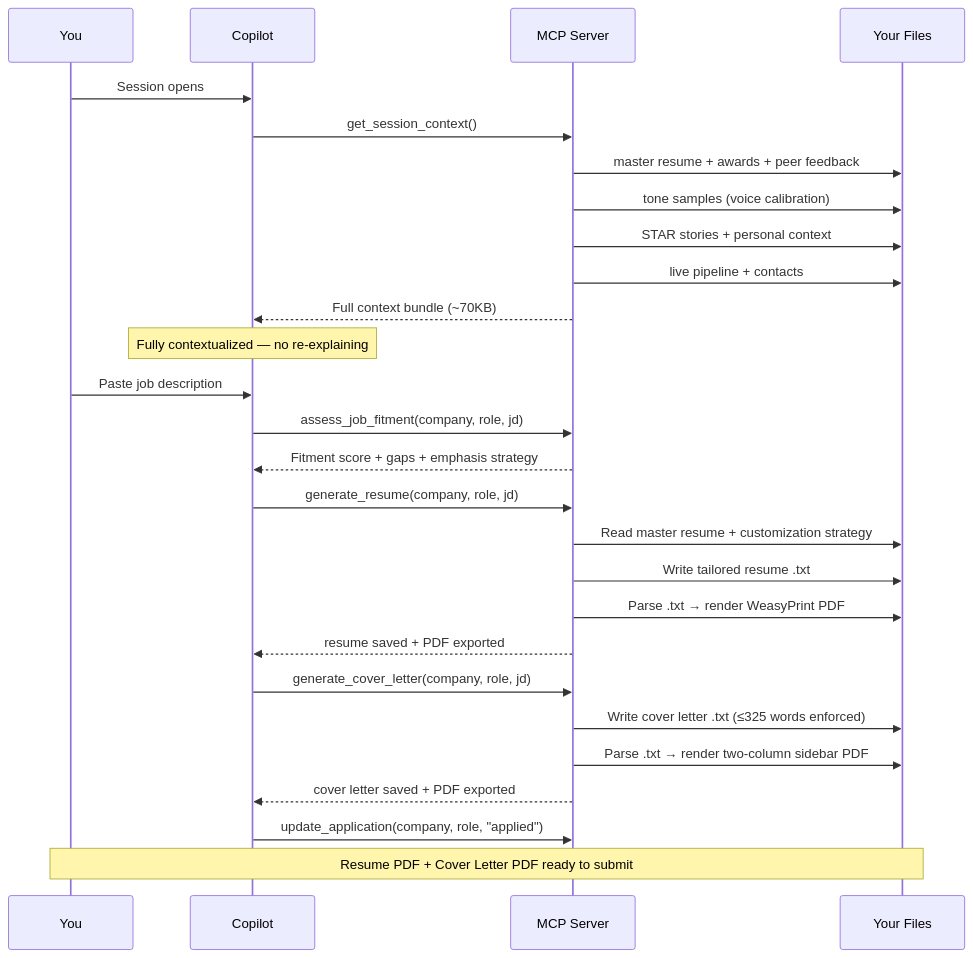
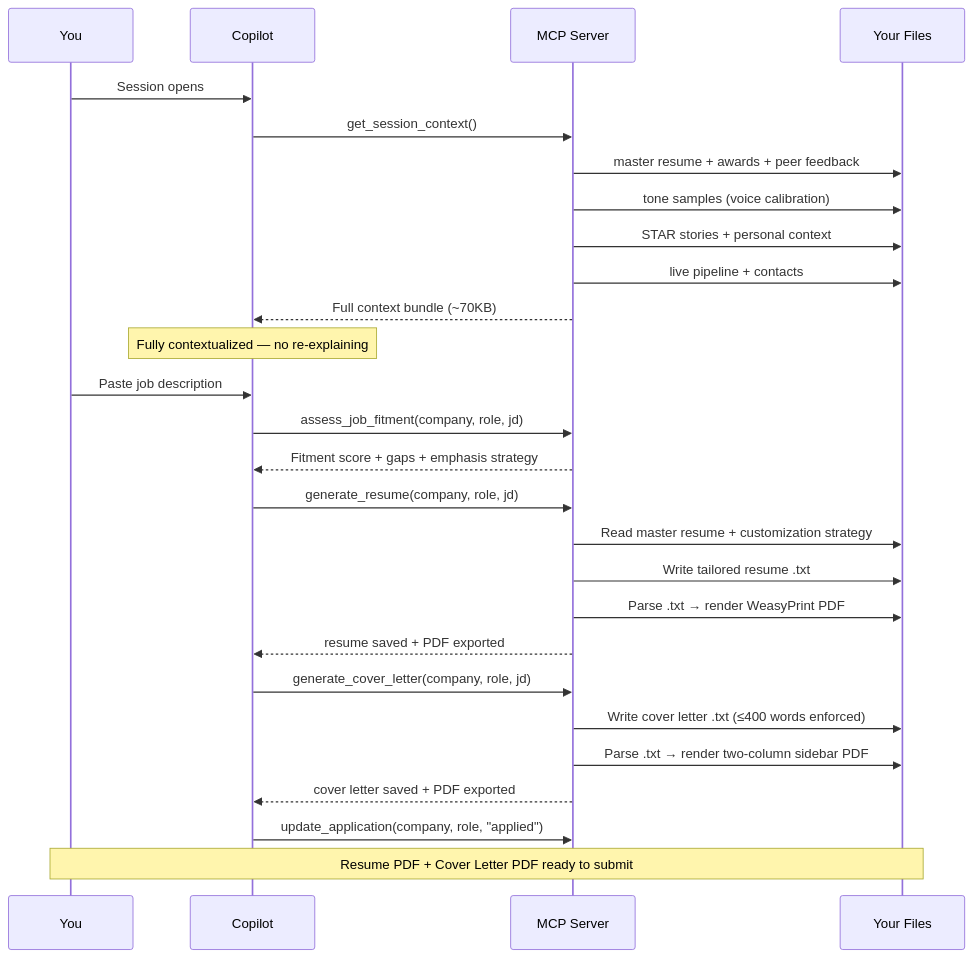
One commit to JustLikeFrank3/jobContextMCP changed the second of 2 diagrams in README.md. Above: the diagram before and after it, drawn with Mermaid. The commit also changed other lines of this file and 1 other file, not shown here.

First line of the commit message:
docs: agent-optional framing, CLI section, v0.7 scheduled triggers + Honcho roadmap

````diff
--- a/README.md
+++ b/README.md
@@ -106,31 +108,31 @@
 ```mermaid
 sequenceDiagram
     participant You
     participant Copilot
     participant MCP as MCP Server
     participant Files as Your Files
 
     You->>Copilot: Session opens
     Copilot->>MCP: get_session_context()
     MCP->>Files: master resume + awards + peer feedback
     MCP->>Files: tone samples (voice calibration)
     MCP->>Files: STAR stories + personal context
     MCP->>Files: live pipeline + contacts
     MCP-->>Copilot: Full context bundle (~70KB)
     Note over Copilot: Fully contextualized — no re-explaining
 
     You->>Copilot: Paste job description
     Copilot->>MCP: assess_job_fitment(company, role, jd)
     MCP-->>Copilot: Fitment score + gaps + emphasis strategy
     Copilot->>MCP: generate_resume(company, role, jd)
     MCP->>Files: Read master resume + customization strategy
     MCP->>Files: Write tailored resume .txt
     MCP->>Files: Parse .txt → render WeasyPrint PDF
     MCP-->>Copilot: resume saved + PDF exported
     Copilot->>MCP: generate_cover_letter(company, role, jd)
-    MCP->>Files: Write cover letter .txt (≤325 words enforced)
+    MCP->>Files: Write cover letter .txt (≤400 words enforced)
     MCP->>Files: Parse .txt → render two-column sidebar PDF
     MCP-->>Copilot: cover letter saved + PDF exported
     Copilot->>MCP: update_application(company, role, "applied")
     Note over You,Files: Resume PDF + Cover Letter PDF ready to submit
 ```
````
